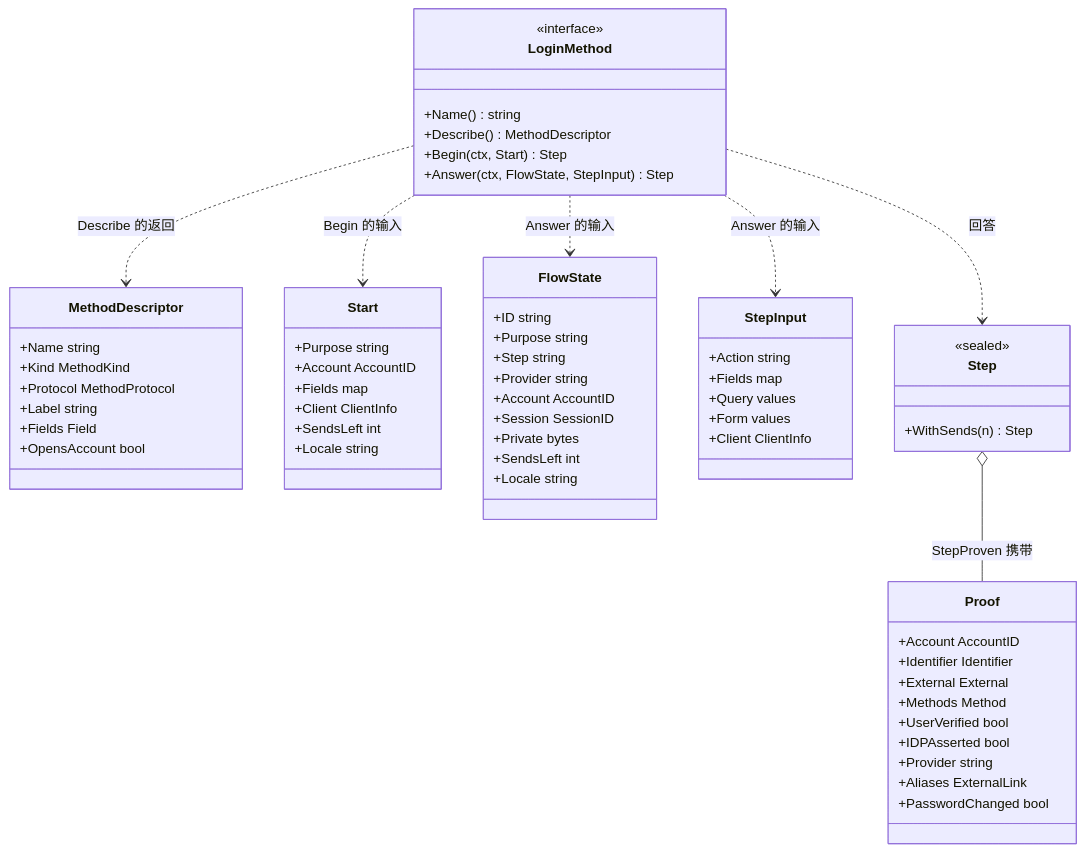
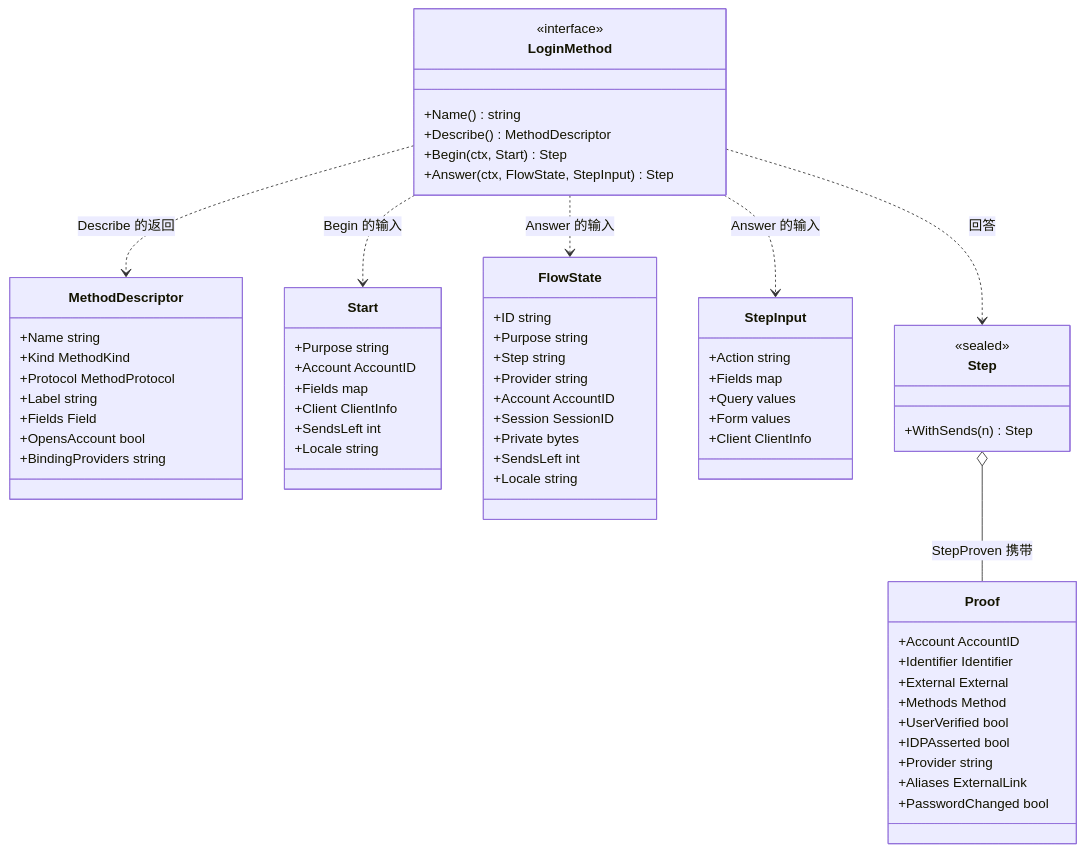
Before and after one commit to wangzw/speed: the third of 3 diagrams in docs/design/modules/authn/design-authn-login.md, drawn with Mermaid. The commit also changed other lines of this file and 24 other files, not shown here.

````diff
--- a/docs/design/modules/authn/design-authn-login.md
+++ b/docs/design/modules/authn/design-authn-login.md
@@ -340,65 +341,66 @@
 ```mermaid
 classDiagram
     class LoginMethod {
         <<interface>>
         +Name() string
         +Describe() MethodDescriptor
         +Begin(ctx, Start) Step
         +Answer(ctx, FlowState, StepInput) Step
     }
     class MethodDescriptor {
         +Name string
         +Kind MethodKind
         +Protocol MethodProtocol
         +Label string
         +Fields Field
         +OpensAccount bool
+        +BindingProviders string
     }
     class Start {
         +Purpose string
         +Account AccountID
         +Fields map
         +Client ClientInfo
         +SendsLeft int
         +Locale string
     }
     class FlowState {
         +ID string
         +Purpose string
         +Step string
         +Provider string
         +Account AccountID
         +Session SessionID
         +Private bytes
         +SendsLeft int
         +Locale string
     }
     class StepInput {
         +Action string
         +Fields map
         +Query values
         +Form values
         +Client ClientInfo
     }
     class Step {
         <<sealed>>
         +WithSends(n) Step
     }
     class Proof {
         +Account AccountID
         +Identifier Identifier
         +External External
         +Methods Method
         +UserVerified bool
         +IDPAsserted bool
         +Provider string
         +Aliases ExternalLink
         +PasswordChanged bool
     }
     LoginMethod ..> Start : Begin 的输入
     LoginMethod ..> FlowState : Answer 的输入
     LoginMethod ..> StepInput : Answer 的输入
     LoginMethod ..> Step : 回答
     LoginMethod ..> MethodDescriptor : Describe 的返回
     Step o-- Proof : StepProven 携带
 ```
````
